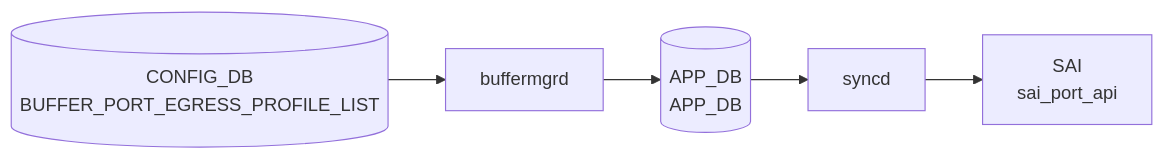
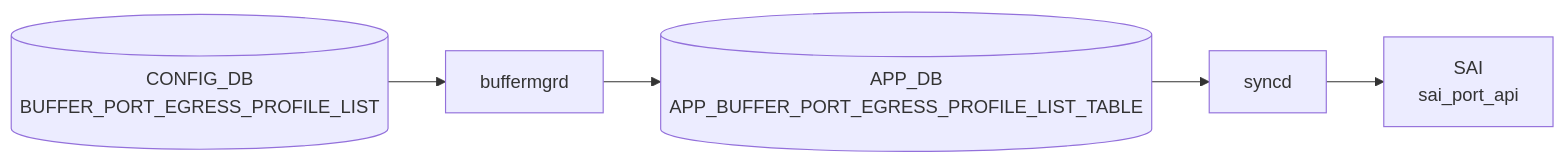
One commit to aoki-taquan/sonic-unofficial-docs changed the diagram in docs/reference/config-db/buffer-port-egress-profile-list.md. Above: the diagram before and after it, drawn with Mermaid. The commit also changed 17 other files, not shown here.

````diff
--- a/docs/reference/config-db/buffer-port-egress-profile-list.md
+++ b/docs/reference/config-db/buffer-port-egress-profile-list.md
@@ -35,12 +35,12 @@
 ```mermaid
 flowchart LR
   CDB[("CONFIG_DB<br/>BUFFER_PORT_EGRESS_PROFILE_LIST")]
   DM["buffermgrd"]
   CDB --> DM
-  APPDB[("APP_DB<br/>APP_DB")]
+  APPDB[("APP_DB<br/>APP_BUFFER_PORT_EGRESS_PROFILE_LIST_TABLE")]
   DM --> APPDB
   SYNCD["syncd"]
   APPDB --> SYNCD
   SAI["SAI<br/>sai_port_api"]
   SYNCD --> SAI
 ```
````
